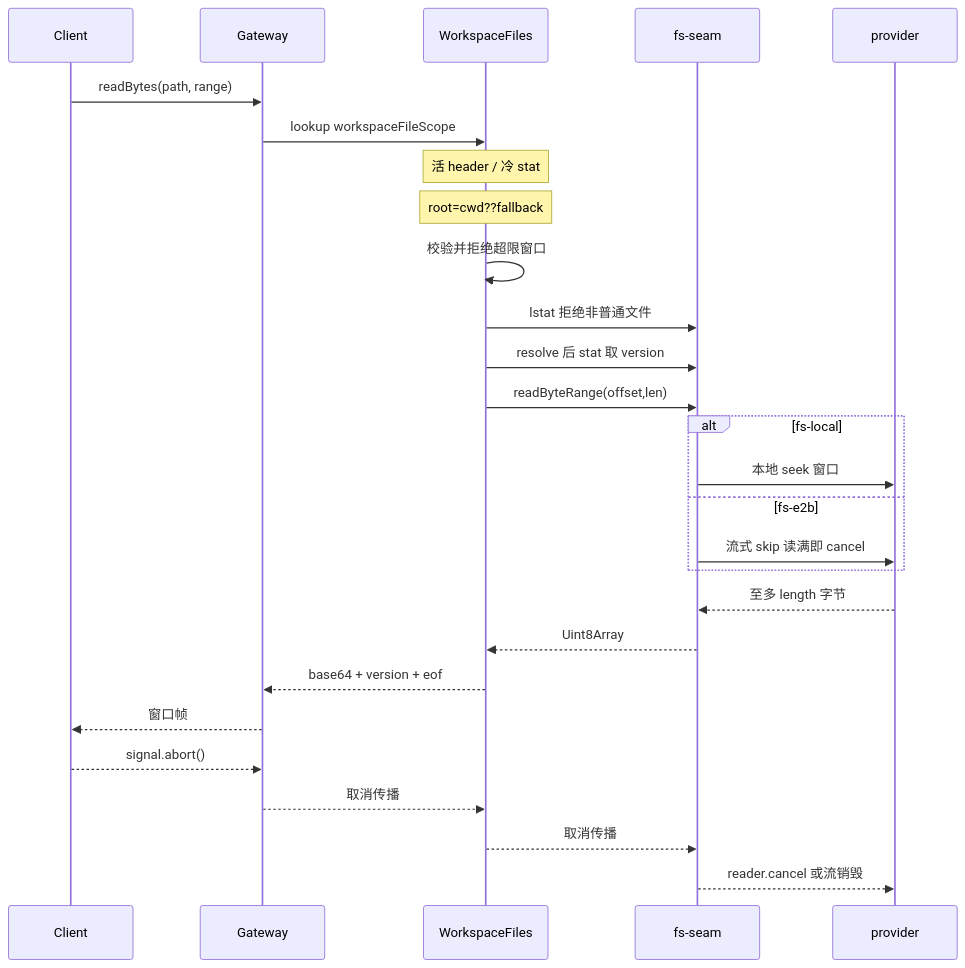
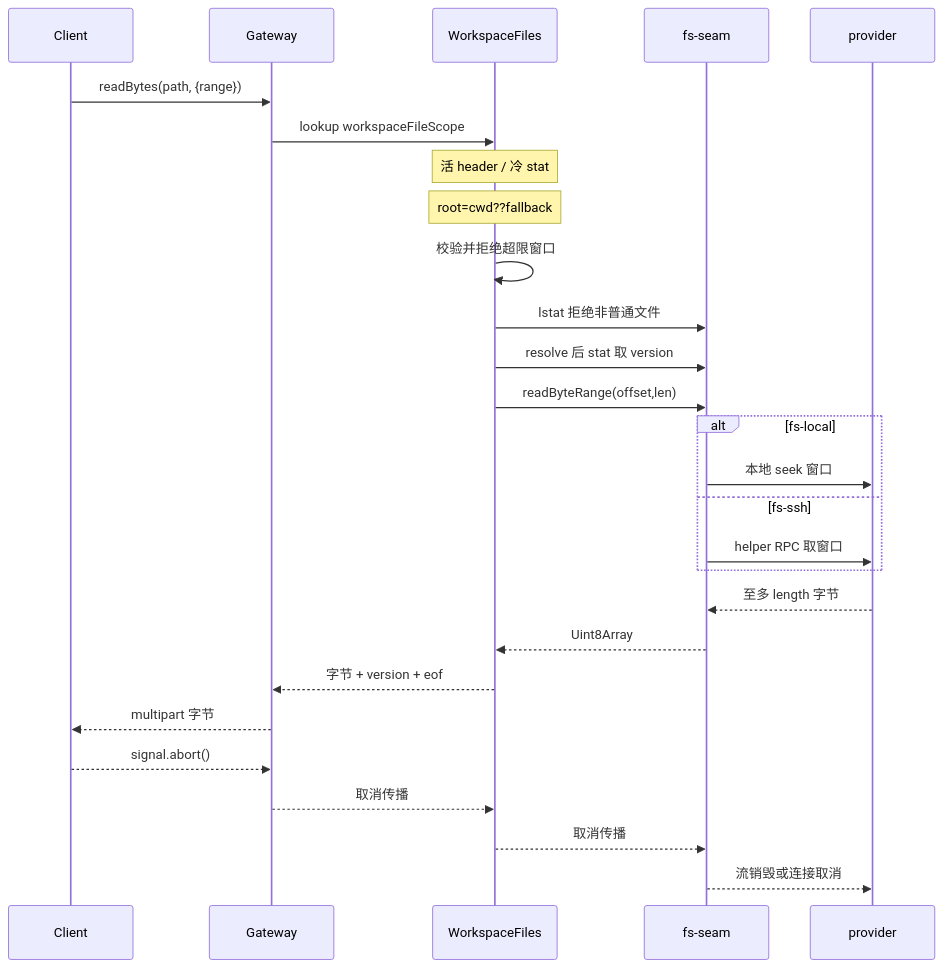
Before and after one commit to morehao/oss-insights: the diagram in ai-agent/deepseek-harness/workspace-files.md, drawn with Mermaid. The commit also changed other lines of this file and 28 other files, not shown here.

````diff
--- a/ai-agent/deepseek-harness/workspace-files.md
+++ b/ai-agent/deepseek-harness/workspace-files.md
@@ -140,29 +146,29 @@
 ```mermaid
 sequenceDiagram
     participant UI as Client
     participant GW as Gateway
     participant WF as WorkspaceFiles
     participant FS as fs-seam
     participant BK as provider
-    UI->>GW: readBytes(path, range)
+    UI->>GW: readBytes(path, {range})
     GW->>WF: lookup workspaceFileScope
     Note over WF: 活 header / 冷 stat
     Note over WF: root=cwd??fallback
     WF->>WF: 校验并拒绝超限窗口
     WF->>FS: lstat 拒绝非普通文件
     WF->>FS: resolve 后 stat 取 version
     WF->>FS: readByteRange(offset,len)
     alt fs-local
         FS->>BK: 本地 seek 窗口
-    else fs-e2b
-        FS->>BK: 流式 skip 读满即 cancel
+    else fs-ssh
+        FS->>BK: helper RPC 取窗口
     end
     BK-->>FS: 至多 length 字节
     FS-->>WF: Uint8Array
-    WF-->>GW: base64 + version + eof
-    GW-->>UI: 窗口帧
+    WF-->>GW: 字节 + version + eof
+    GW-->>UI: multipart 字节
     UI-->>GW: signal.abort()
     GW-->>WF: 取消传播
     WF-->>FS: 取消传播
-    FS-->>BK: reader.cancel 或流销毁
+    FS-->>BK: 流销毁或连接取消
 ```
````
